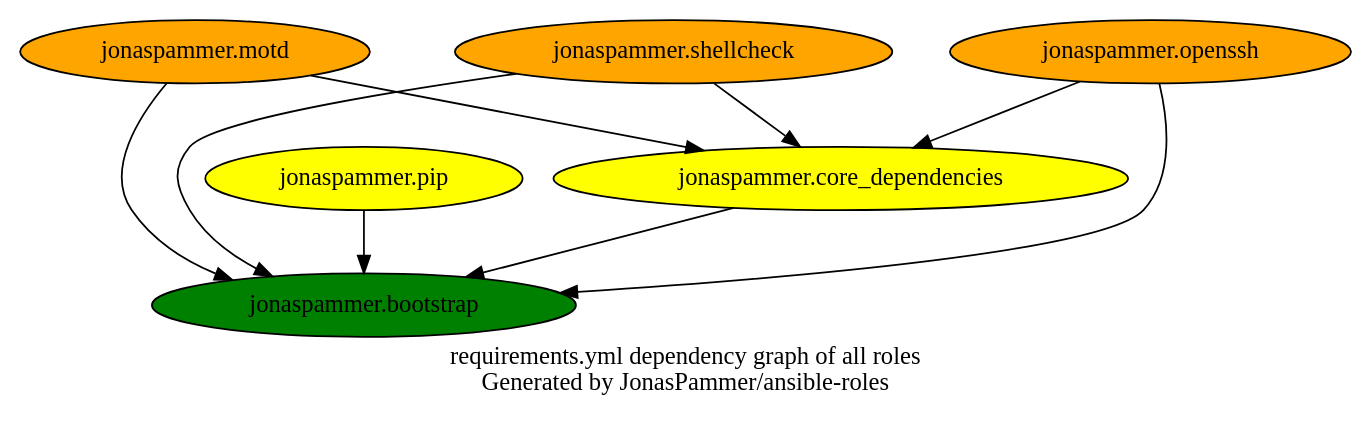
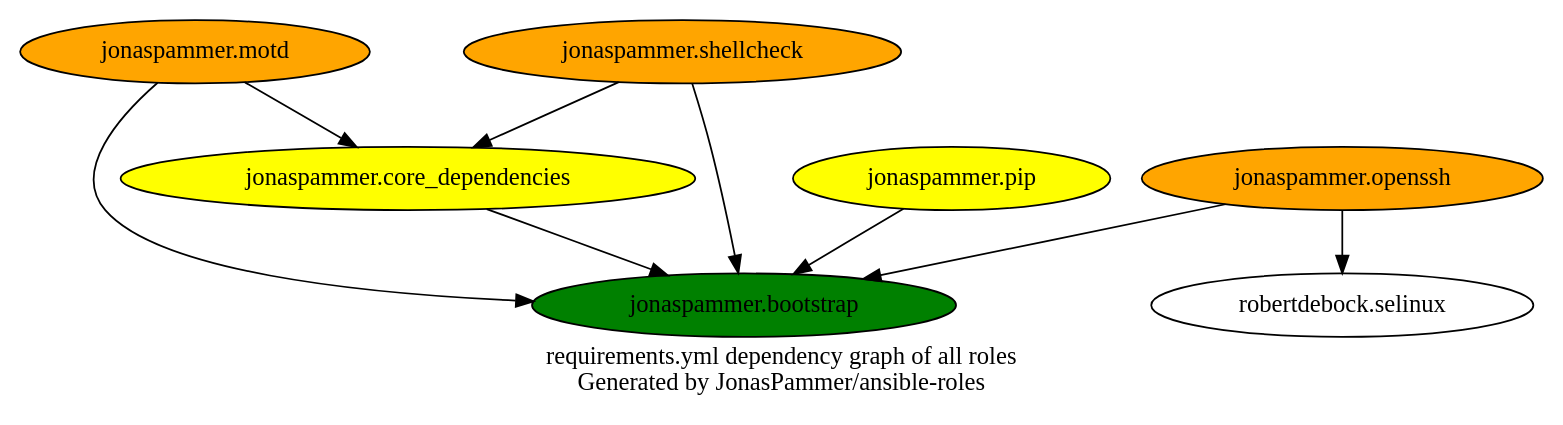
Before and after one commit to JonasPammer/ansible-roles: the diagram in graphs/dependencies_ALL.dot, drawn with Graphviz. The commit also changed 4 other files, not shown here.

```diff
--- a/graphs/dependencies_ALL.dot
+++ b/graphs/dependencies_ALL.dot
@@ -1,19 +1,19 @@
 digraph hierarchy {
   label = "requirements.yml dependency graph of all roles \n Generated by JonasPammer/ansible-roles" ;
 
   {
     "jonaspammer.bootstrap" [fillcolor=green style=filled]
     "jonaspammer.core_dependencies" [fillcolor=yellow style=filled]
     "jonaspammer.motd" [fillcolor=orange style=filled]
+    "jonaspammer.openssh" [fillcolor=orange style=filled]
     "jonaspammer.pip" [fillcolor=yellow style=filled]
     "jonaspammer.shellcheck" [fillcolor=orange style=filled]
-    "jonaspammer.openssh" [fillcolor=orange style=filled]
   }
 
 
   "jonaspammer.core_dependencies" -> {"jonaspammer.bootstrap"}
   "jonaspammer.motd" -> {"jonaspammer.bootstrap" "jonaspammer.core_dependencies"}
+  "jonaspammer.openssh" -> {"jonaspammer.bootstrap" "robertdebock.selinux"}
   "jonaspammer.pip" -> {"jonaspammer.bootstrap"}
   "jonaspammer.shellcheck" -> {"jonaspammer.bootstrap" "jonaspammer.core_dependencies"}
-  "jonaspammer.openssh" -> {"jonaspammer.bootstrap" "jonaspammer.core_dependencies"}
 }
```
